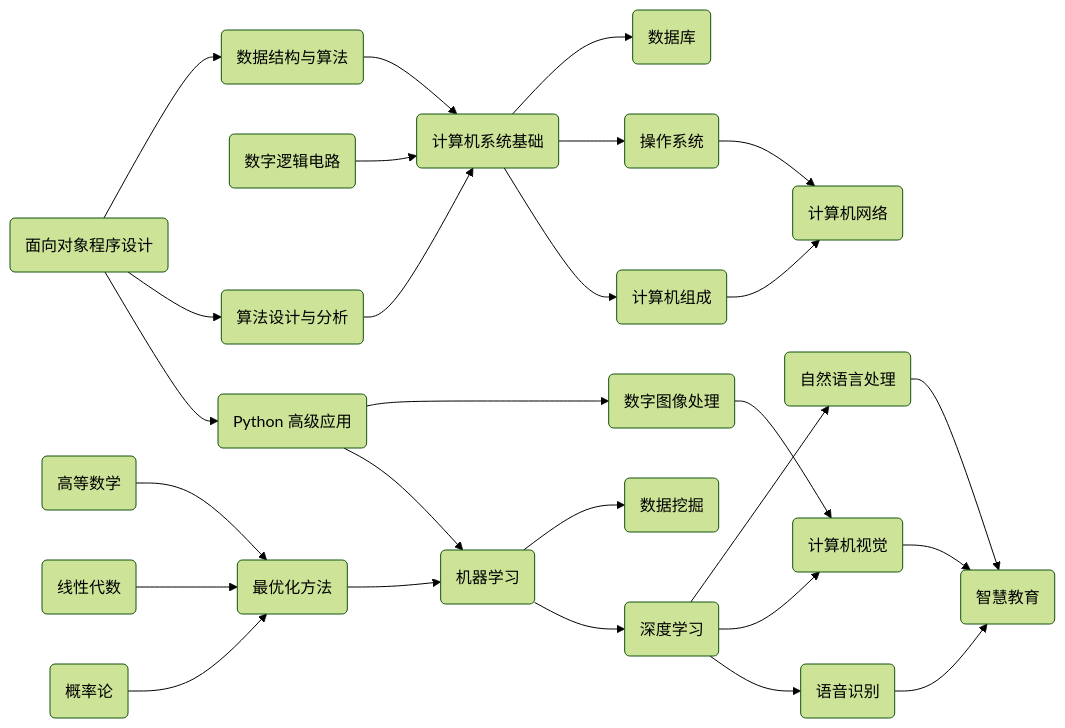
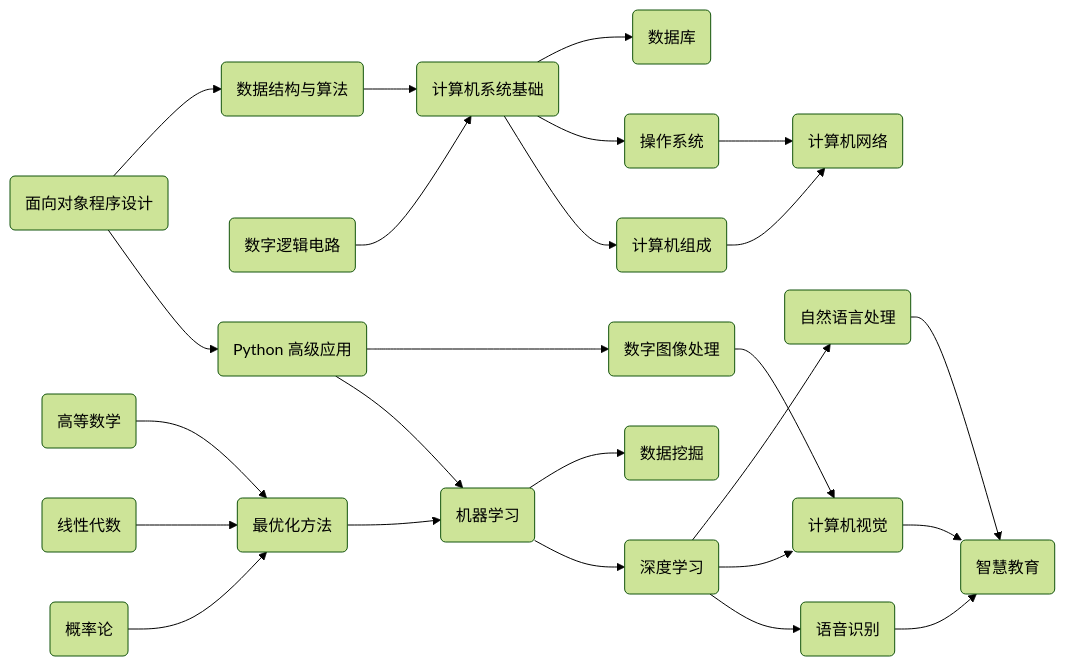
One commit to Explorer-Dong/explorer-dong.github.io changed the first of 2 diagrams in README.md. Above: the diagram before and after it, drawn with Mermaid (forest theme). The commit also changed other lines of this file and 1 other file, not shown here.

````diff
--- a/README.md
+++ b/README.md
@@ -14,38 +14,37 @@
 ```mermaid
 flowchart LR
     面向对象程序设计(面向对象程序设计)
     数据结构与算法(数据结构与算法)
     数字逻辑电路(数字逻辑电路)
-    算法设计与分析(算法设计与分析)
     计算机系统基础(计算机系统基础)
     数据库(数据库)
     操作系统(操作系统)
     计算机组成(计算机组成)
     计算机网络(计算机网络)
 
-    面向对象程序设计 --> 数据结构与算法 & 算法设计与分析 --> 计算机系统基础
+    面向对象程序设计 --> 数据结构与算法 --> 计算机系统基础
     数字逻辑电路 --> 计算机系统基础 --> 数据库 & 操作系统 & 计算机组成
     计算机组成 & 操作系统 --> 计算机网络
 
     Python高级应用(Python 高级应用)
     数字图像处理(数字图像处理)
     机器学习(机器学习)
     深度学习(深度学习)
     数据挖掘(数据挖掘)
     自然语言处理(自然语言处理)
     计算机视觉(计算机视觉)
     语音识别(语音识别)
     智慧教育(智慧教育)
 
     Python高级应用 --> 数字图像处理 & 机器学习
     机器学习 --> 数据挖掘 & 深度学习
     深度学习 --> 自然语言处理 & 计算机视觉 & 语音识别 --> 智慧教育
     数字图像处理 --> 计算机视觉
 
     高等数学(高等数学)
     线性代数(线性代数)
     概率论(概率论)
     最优化方法(最优化方法)
     高等数学 & 线性代数 & 概率论 --> 最优化方法 --> 机器学习
     面向对象程序设计 --> Python高级应用
 ```
````
